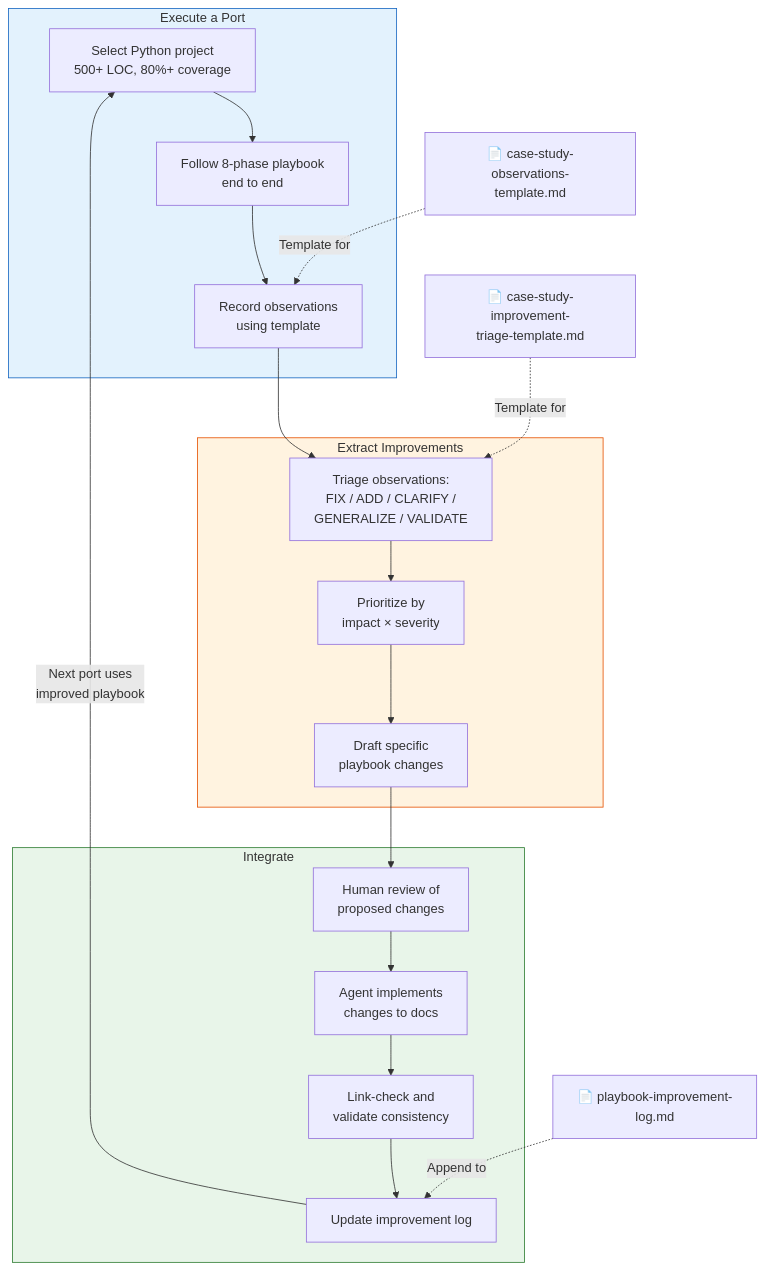
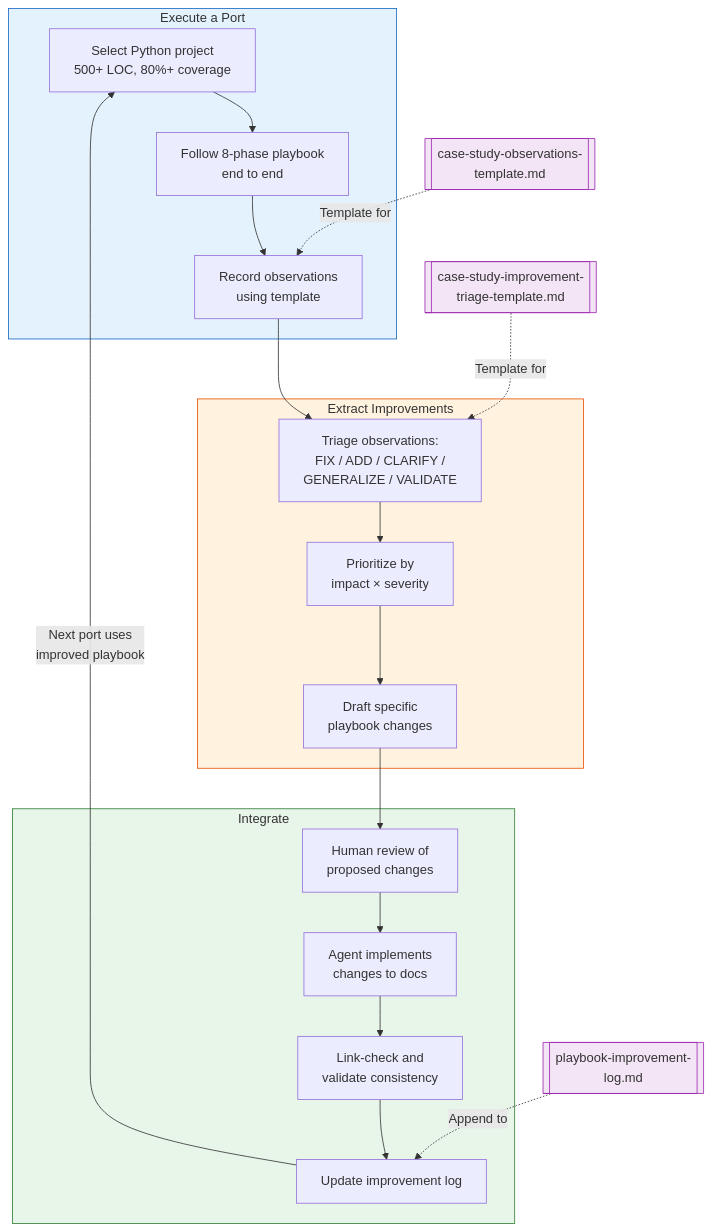
The fourth of 6 diagrams in docs/project/playbook-flow-analysis.md (jlevy/rust-porting-playbook), drawn with Mermaid before and after one commit. The commit also changed other lines of this file, not shown here.

````diff
--- a/docs/project/playbook-flow-analysis.md
+++ b/docs/project/playbook-flow-analysis.md
@@ -337,36 +307,39 @@
 ```mermaid
 flowchart TD
     subgraph execute["Execute a Port"]
         SELECT[Select Python project<br/>500+ LOC, 80%+ coverage]
         FOLLOW[Follow 8-phase playbook<br/>end to end]
         OBSERVE[Record observations<br/>using template]
         SELECT --> FOLLOW --> OBSERVE
     end
 
     subgraph extract["Extract Improvements"]
         TRIAGE[Triage observations:<br/>FIX / ADD / CLARIFY /<br/>GENERALIZE / VALIDATE]
         PRIORITIZE[Prioritize by<br/>impact × severity]
         DRAFT[Draft specific<br/>playbook changes]
         TRIAGE --> PRIORITIZE --> DRAFT
     end
 
     subgraph integrate["Integrate"]
         REVIEW_HUMAN[Human review of<br/>proposed changes]
         IMPLEMENT[Agent implements<br/>changes to docs]
         VERIFY[Link-check and<br/>validate consistency]
         UPDATE_LOG[Update improvement log]
         REVIEW_HUMAN --> IMPLEMENT --> VERIFY --> UPDATE_LOG
     end
 
     OBSERVE --> TRIAGE
     DRAFT --> REVIEW_HUMAN
     UPDATE_LOG -->|"Next port uses<br/>improved playbook"| SELECT
 
-    OBS_T["📄 case-study-observations-<br/>template.md"] -.->|Template for| OBSERVE
-    TRI_T["📄 case-study-improvement-<br/>triage-template.md"] -.->|Template for| TRIAGE
-    IMP_LOG["📄 playbook-improvement-<br/>log.md"] -.->|Append to| UPDATE_LOG
+    OBS_T[["case-study-observations-<br/>template.md"]] -.->|Template for| OBSERVE
+    TRI_T[["case-study-improvement-<br/>triage-template.md"]] -.->|Template for| TRIAGE
+    IMP_LOG[["playbook-improvement-<br/>log.md"]] -.->|Append to| UPDATE_LOG
 
     style execute fill:#e3f2fd,stroke:#1565C0
     style extract fill:#fff3e0,stroke:#E65100
     style integrate fill:#e8f5e9,stroke:#2E7D32
+    style OBS_T fill:#f3e5f5,stroke:#9C27B0
+    style TRI_T fill:#f3e5f5,stroke:#9C27B0
+    style IMP_LOG fill:#f3e5f5,stroke:#9C27B0
 ```
````
